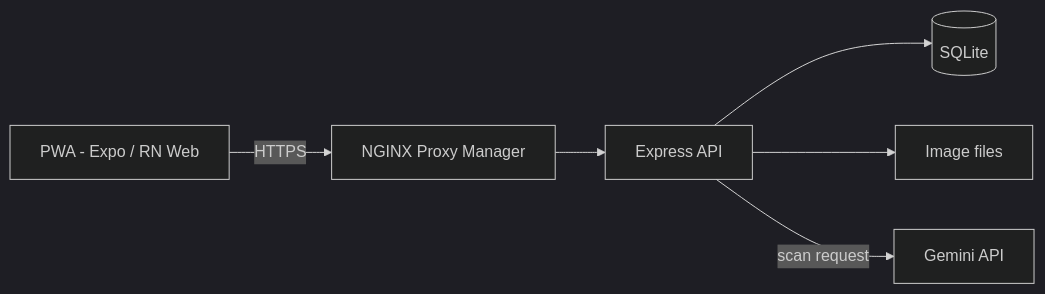
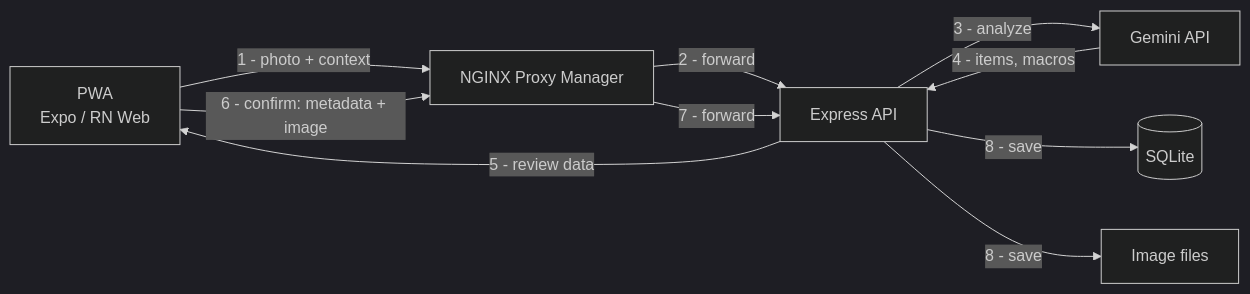
The diagram in README.md (junodelacruz/platescan), drawn with Mermaid (dark theme) before and after one commit. The commit also changed other lines of this file, not shown here.

Commit message:
Revise README with detailed backend flowchart
Updated flowchart and explanation for the app's backend process.

````diff
--- a/README.md
+++ b/README.md
@@ -73,8 +73,12 @@
 ```mermaid
 flowchart LR
-  A[PWA - Expo / RN Web] -->|HTTPS| B[NGINX Proxy Manager]
-  B --> C[Express API]
-  C --> D[(SQLite)]
-  C --> E[Image files]
-  C -->|scan request| F[Gemini API]
+  A[PWA<br/>Expo / RN Web] -->|1 - photo + context| B[NGINX Proxy Manager]
+  B -->|2 - forward| C[Express API]
+  C -->|3 - analyze| F[Gemini API]
+  F -->|4 - items, macros| C
+  C -->|5 - review data| A
+  A -->|6 - confirm: metadata + image| B
+  B -->|7 - forward| C
+  C -->|8 - save| D[(SQLite)]
+  C -->|8 - save| E[Image files]
 ```
````
